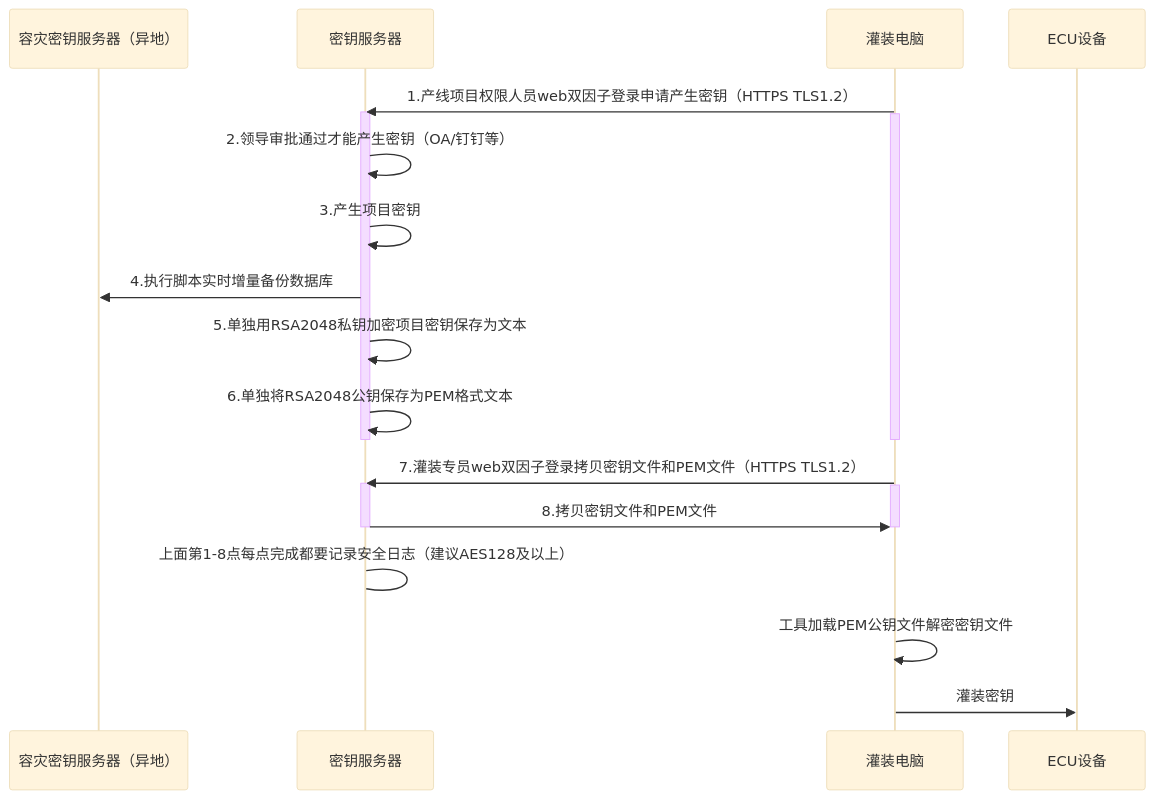
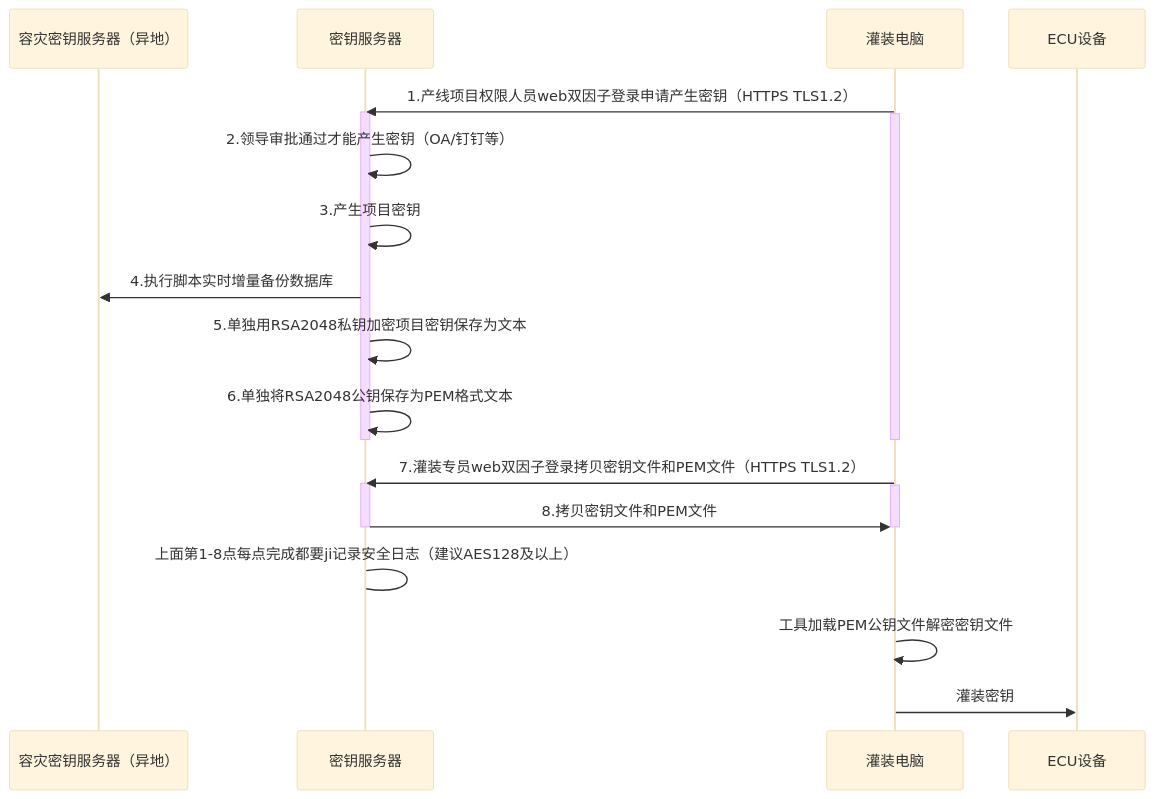
Before and after one commit to facebook-cloud/iodraw-files: the diagram in all/未命名-15.md, drawn with Mermaid (base theme).

Commit message:
2026-02-11 20:03:32 update

````diff
--- a/all/未命名-15.md
+++ b/all/未命名-15.md
@@ -1,32 +1,32 @@
 ```mermaid
 sequenceDiagram
     participant A as 容灾密钥服务器（异地）
     participant B as 密钥服务器
     participant D as 灌装电脑
     participant E as ECU设备
 
     
     D->>B: 1.产线项目权限人员web双因子登录申请产生密钥（HTTPS TLS1.2）
     activate B
     activate D
     B->>B: 2.领导审批通过才能产生密钥（OA/钉钉等）
     B->>B: 3.产生项目密钥
     B->>A: 4.执行脚本实时增量备份数据库
     B->>B: 5.单独用RSA2048私钥加密项目密钥保存为文本
     B->>B: 6.单独将RSA2048公钥保存为PEM格式文本
     deactivate B
     deactivate D
 
     
     D->>B: 7.灌装专员web双因子登录拷贝密钥文件和PEM文件（HTTPS TLS1.2）
     activate B
     activate D
     B->>D: 8.拷贝密钥文件和PEM文件
     deactivate B
     deactivate D
-    B->B: 上面第1-8点每点完成都要记录安全日志（建议AES128及以上）
+    B->B: 上面第1-8点每点完成都要ji记录安全日志（建议AES128及以上）
 
     D->>D:工具加载PEM公钥文件解密密钥文件
     
     D->>E: 灌装密钥
 ```
````
